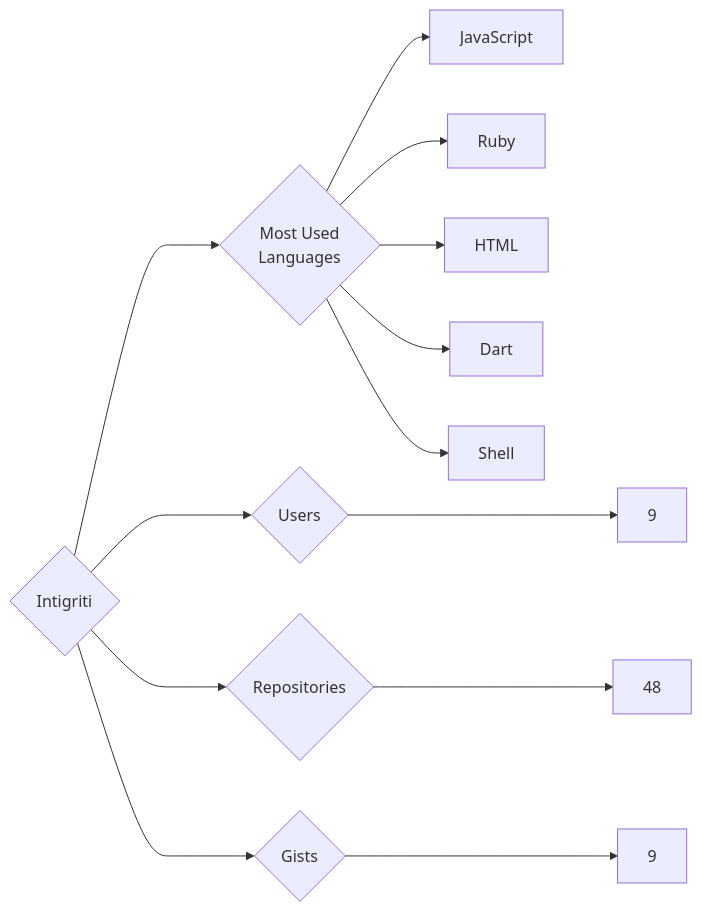
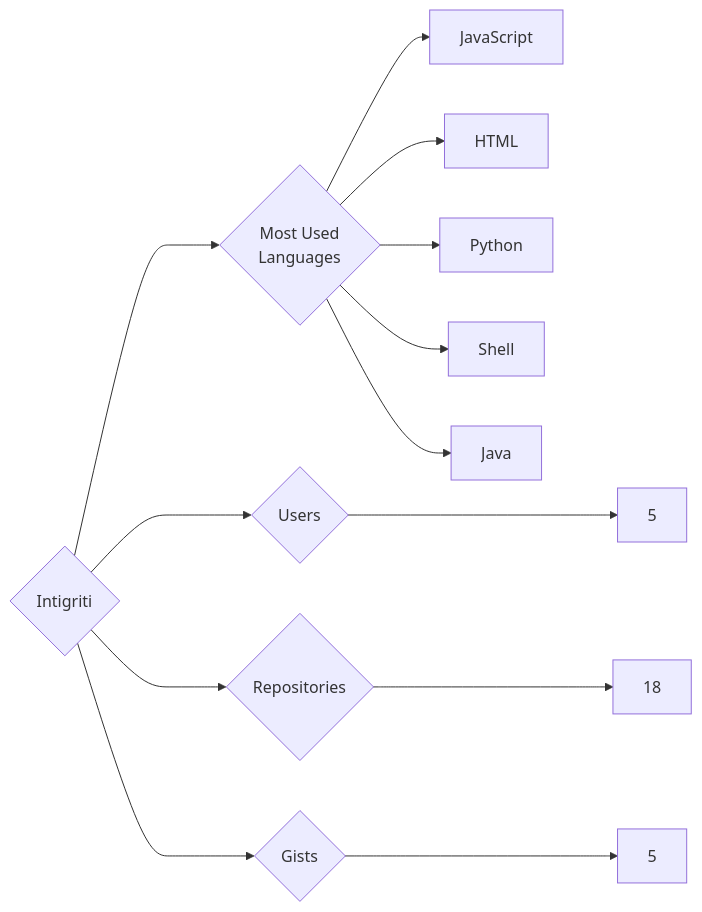
Before and after one commit to trickest/insiders: the diagram in targets/Intigriti/README.md, drawn with Mermaid. The commit also changed 720 other files, not shown here.

````diff
--- a/targets/Intigriti/README.md
+++ b/targets/Intigriti/README.md
@@ -3,13 +3,13 @@
 ```mermaid
 graph LR
 COMPANY_NAME{Intigriti}
-COMPANY_NAME ---> U{Users} ---> UN[9]
-COMPANY_NAME ---> R{Repositories} ---> RN[48]
-COMPANY_NAME ---> G{Gists} ---> GN[9]
+COMPANY_NAME ---> U{Users} ---> UN[5]
+COMPANY_NAME ---> R{Repositories} ---> RN[18]
+COMPANY_NAME ---> G{Gists} ---> GN[5]
 COMPANY_NAME ---> ML{Most Used<br>Languages}
 ML --> JavaScript[JavaScript]
-ML --> Ruby[Ruby]
 ML --> HTML[HTML]
-ML --> Dart[Dart]
+ML --> Python[Python]
 ML --> Shell[Shell]
+ML --> Java[Java]
 ```
````
